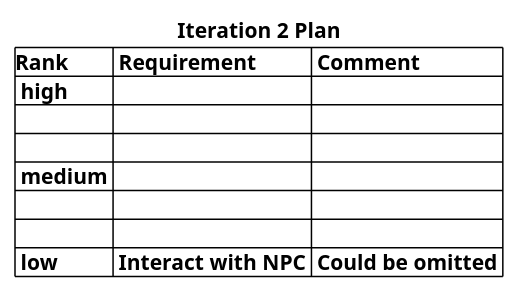
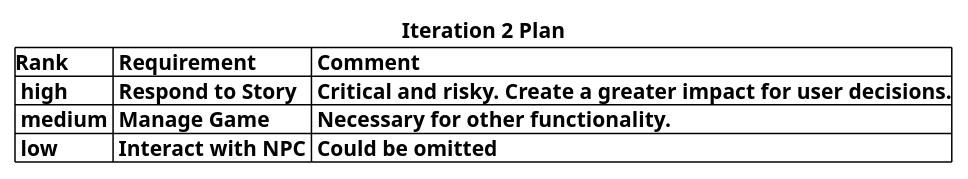
Before and after one commit to emutchek/MaraudersAtSea: the second of 2 diagrams in CMPU_203_PirateGame/doc/iteration-plan.md, drawn with PlantUML.

Commit message:
updated iteration plan

````diff
--- a/CMPU_203_PirateGame/doc/iteration-plan.md
+++ b/CMPU_203_PirateGame/doc/iteration-plan.md
@@ -17,15 +17,11 @@
 ```PlantUML
 @startuml
 title
 Iteration 2 Plan
 |Rank | Requirement | Comment |
-| high |  |  |
-|  |  |  |
-|  |  |  |
-| medium |  |  |
-|  |  |  |
-|  |  |  |
+| high | Respond to Story | Critical and risky. Create a greater impact for user decisions.|
+| medium | Manage Game | Necessary for other functionality. |
 | low | Interact with NPC | Could be omitted |
 end title
 @enduml
 ```
````
